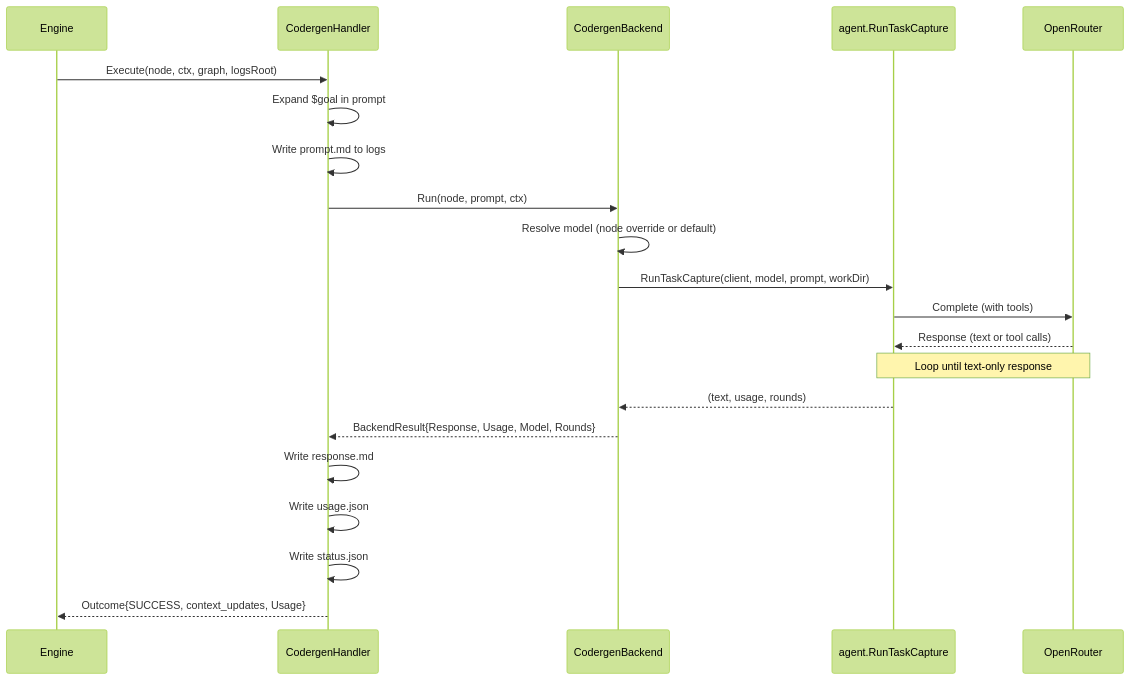
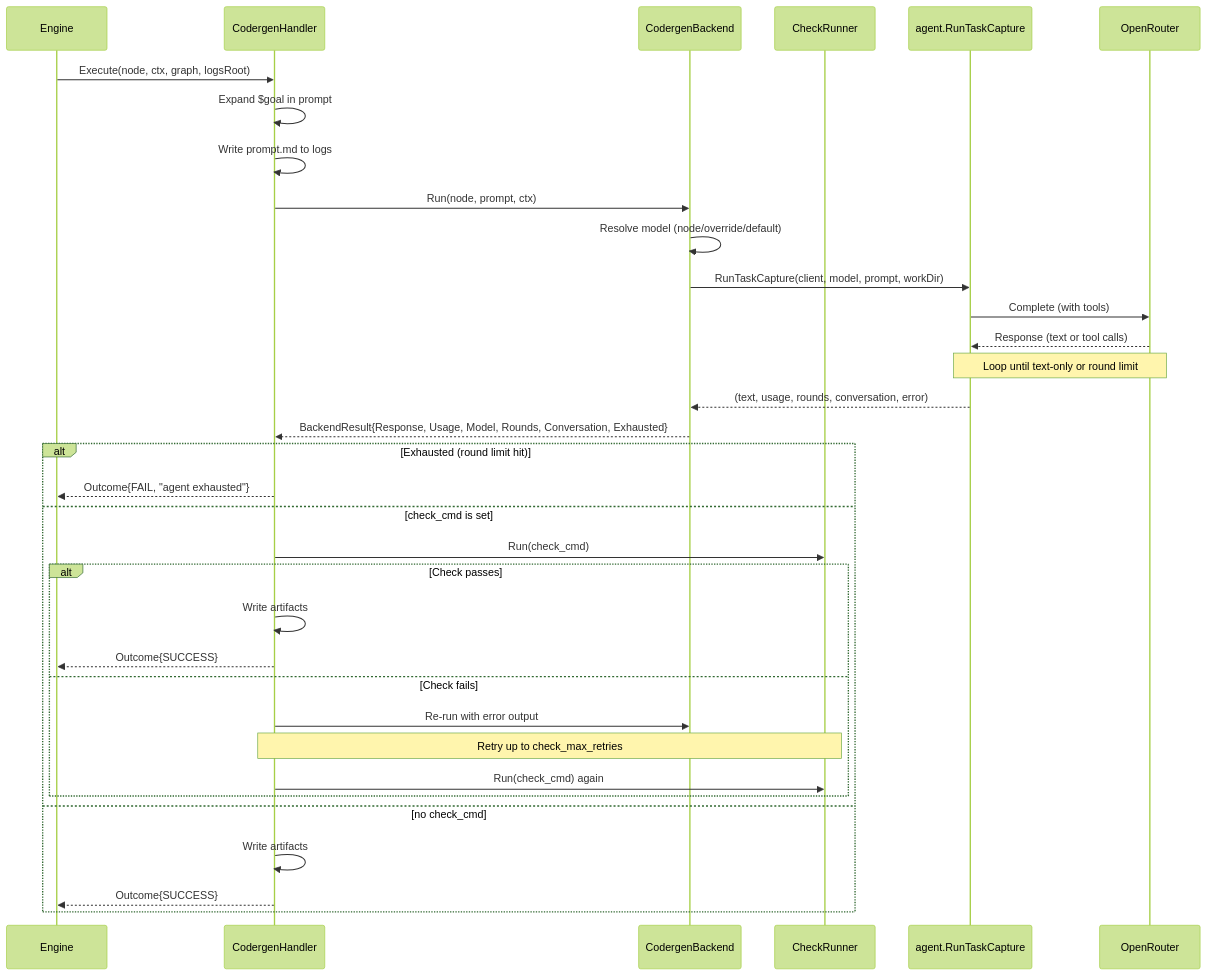
The ninth of 10 diagrams in docs/architecture.md (campallison/attractor), drawn with Mermaid (forest theme) before and after one commit. The commit also changed other lines of this file and 8 other files, not shown here.

````diff
--- a/docs/architecture.md
+++ b/docs/architecture.md
@@ -466,24 +490,38 @@
 ```mermaid
 sequenceDiagram
     participant Engine
     participant Codergen as CodergenHandler
     participant Backend as CodergenBackend
+    participant CheckRunner
     participant AgentLoop as agent.RunTaskCapture
     participant LLM as OpenRouter
 
     Engine->>Codergen: Execute(node, ctx, graph, logsRoot)
     Codergen->>Codergen: Expand $goal in prompt
     Codergen->>Codergen: Write prompt.md to logs
     Codergen->>Backend: Run(node, prompt, ctx)
-    Backend->>Backend: Resolve model (node override or default)
+    Backend->>Backend: Resolve model (node/override/default)
     Backend->>AgentLoop: RunTaskCapture(client, model, prompt, workDir)
     AgentLoop->>LLM: Complete (with tools)
     LLM-->>AgentLoop: Response (text or tool calls)
-    Note over AgentLoop,LLM: Loop until text-only response
-    AgentLoop-->>Backend: (text, usage, rounds)
-    Backend-->>Codergen: BackendResult{Response, Usage, Model, Rounds}
-    Codergen->>Codergen: Write response.md
-    Codergen->>Codergen: Write usage.json
-    Codergen->>Codergen: Write status.json
-    Codergen-->>Engine: Outcome{SUCCESS, context_updates, Usage}
+    Note over AgentLoop,LLM: Loop until text-only or round limit
+    AgentLoop-->>Backend: (text, usage, rounds, conversation, error)
+    Backend-->>Codergen: BackendResult{Response, Usage, Model, Rounds, Conversation, Exhausted}
+
+    alt Exhausted (round limit hit)
+        Codergen-->>Engine: Outcome{FAIL, "agent exhausted"}
+    else check_cmd is set
+        Codergen->>CheckRunner: Run(check_cmd)
+        alt Check passes
+            Codergen->>Codergen: Write artifacts
+            Codergen-->>Engine: Outcome{SUCCESS}
+        else Check fails
+            Codergen->>Backend: Re-run with error output
+            Note over Codergen,CheckRunner: Retry up to check_max_retries
+            Codergen->>CheckRunner: Run(check_cmd) again
+        end
+    else no check_cmd
+        Codergen->>Codergen: Write artifacts
+        Codergen-->>Engine: Outcome{SUCCESS}
+    end
 ```
````
